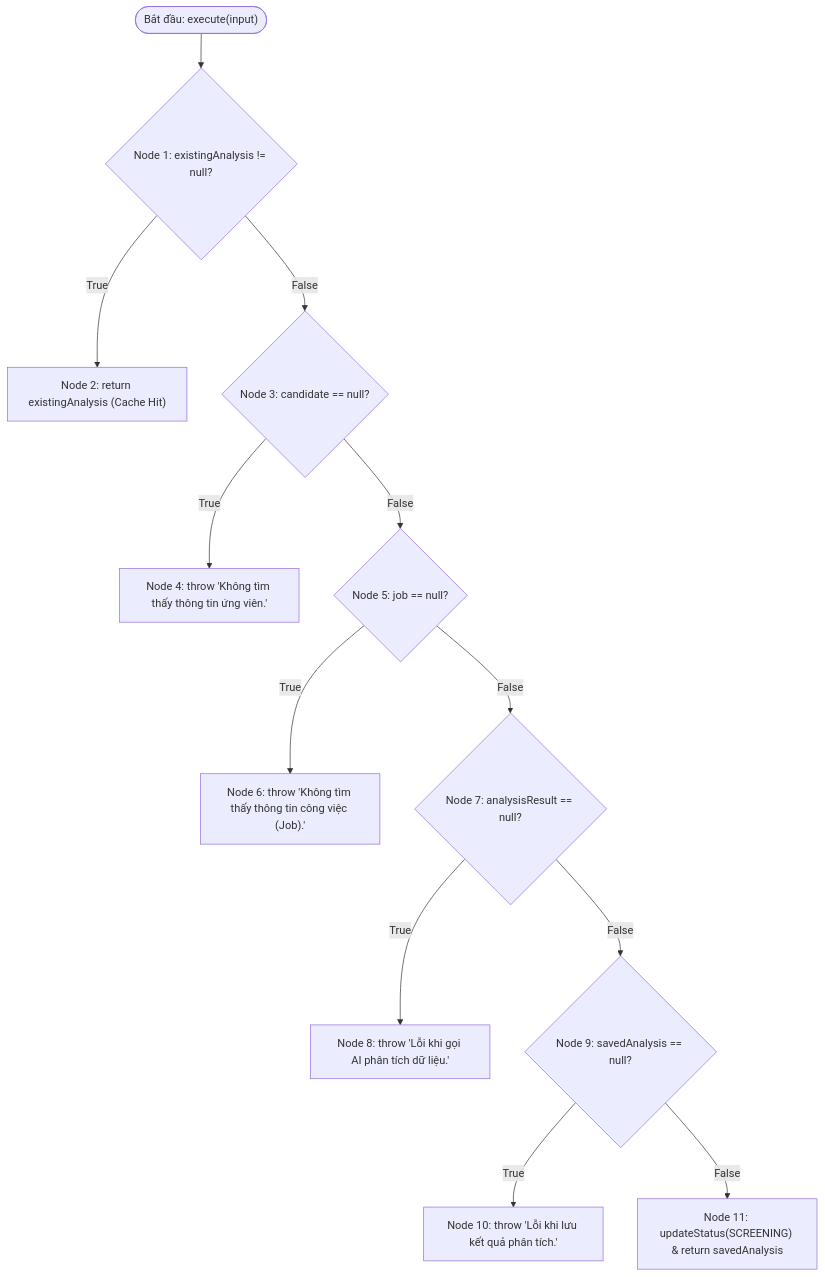
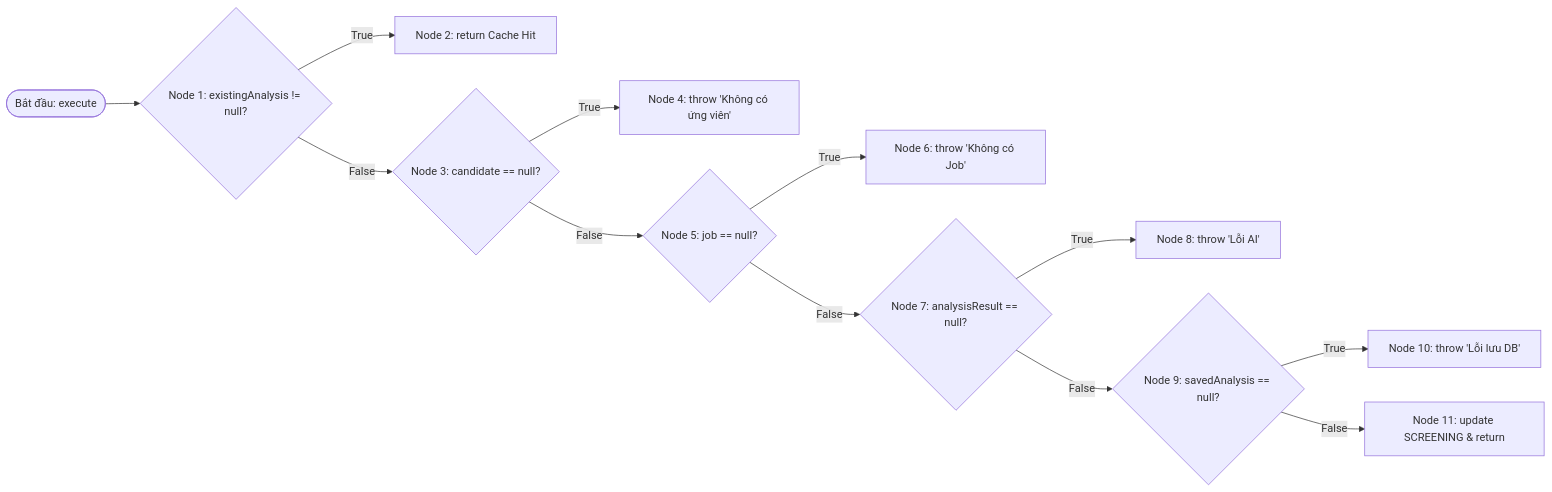
The second of 2 diagrams in hop-trang/KiemThuHopTrang_UC07_AnalysisUseCase.md (pvduy23052005/cse462-testing), drawn with Mermaid before and after one commit. The commit also changed other lines of this file and 6 other files, not shown here.

````diff
--- a/hop-trang/KiemThuHopTrang_UC07_AnalysisUseCase.md
+++ b/hop-trang/KiemThuHopTrang_UC07_AnalysisUseCase.md
@@ -121,19 +121,19 @@
 ```mermaid
-flowchart TD
-    Start(["Bắt đầu: execute(input)"]) --> N1{"Node 1: existingAnalysis != null?"}
+flowchart LR
+    Start(["Bắt đầu: execute"]) --> N1{"Node 1: existingAnalysis != null?"}
 
-    N1 -- "True" --> N2["Node 2: return existingAnalysis (Cache Hit)"]
+    N1 -- "True" --> N2["Node 2: return Cache Hit"]
     N1 -- "False" --> N3{"Node 3: candidate == null?"}
 
-    N3 -- "True" --> N4["Node 4: throw 'Không tìm thấy thông tin ứng viên.'"]
+    N3 -- "True" --> N4["Node 4: throw 'Không có ứng viên'"]
     N3 -- "False" --> N5{"Node 5: job == null?"}
 
-    N5 -- "True" --> N6["Node 6: throw 'Không tìm thấy thông tin công việc (Job).'"]
+    N5 -- "True" --> N6["Node 6: throw 'Không có Job'"]
     N5 -- "False" --> N7{"Node 7: analysisResult == null?"}
 
-    N7 -- "True" --> N8["Node 8: throw 'Lỗi khi gọi AI phân tích dữ liệu.'"]
+    N7 -- "True" --> N8["Node 8: throw 'Lỗi AI'"]
     N7 -- "False" --> N9{"Node 9: savedAnalysis == null?"}
 
-    N9 -- "True" --> N10["Node 10: throw 'Lỗi khi lưu kết quả phân tích.'"]
-    N9 -- "False" --> N11["Node 11: updateStatus(SCREENING) & return savedAnalysis"]
+    N9 -- "True" --> N10["Node 10: throw 'Lỗi lưu DB'"]
+    N9 -- "False" --> N11["Node 11: update SCREENING & return"]
 ```
````
